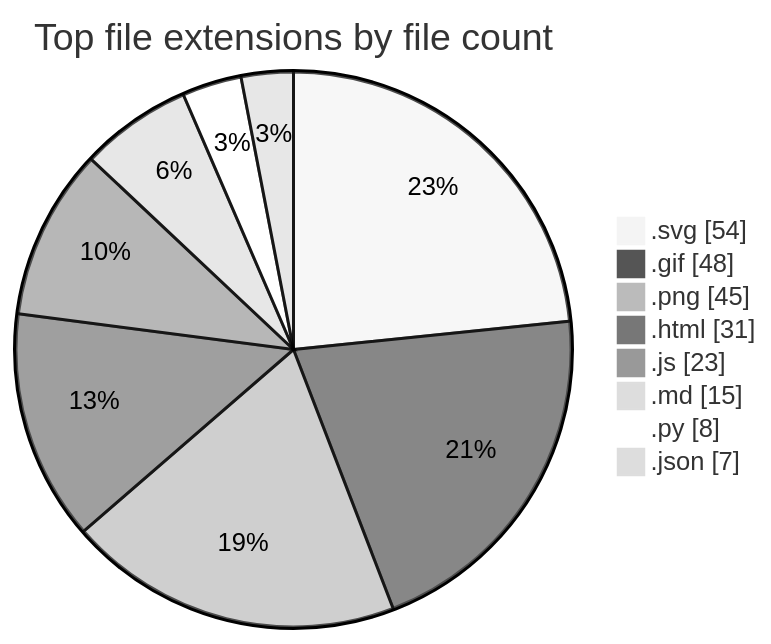
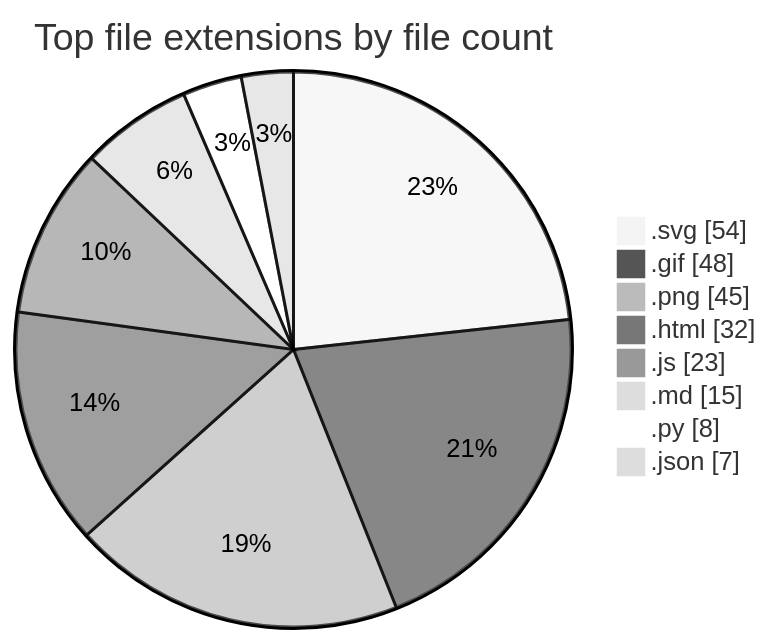
One commit to tchinso/tchinso changed the second of 2 diagrams in README.md. Above: the diagram before and after it, drawn with Mermaid (neutral theme). The commit also changed other lines of this file, not shown here.

````diff
--- a/README.md
+++ b/README.md
@@ -46,12 +46,12 @@
 ```mermaid
 pie showData
     title Top file extensions by file count
     ".svg" : 54
     ".gif" : 48
     ".png" : 45
-    ".html" : 31
+    ".html" : 32
     ".js" : 23
     ".md" : 15
     ".py" : 8
     ".json" : 7
 ```
````
